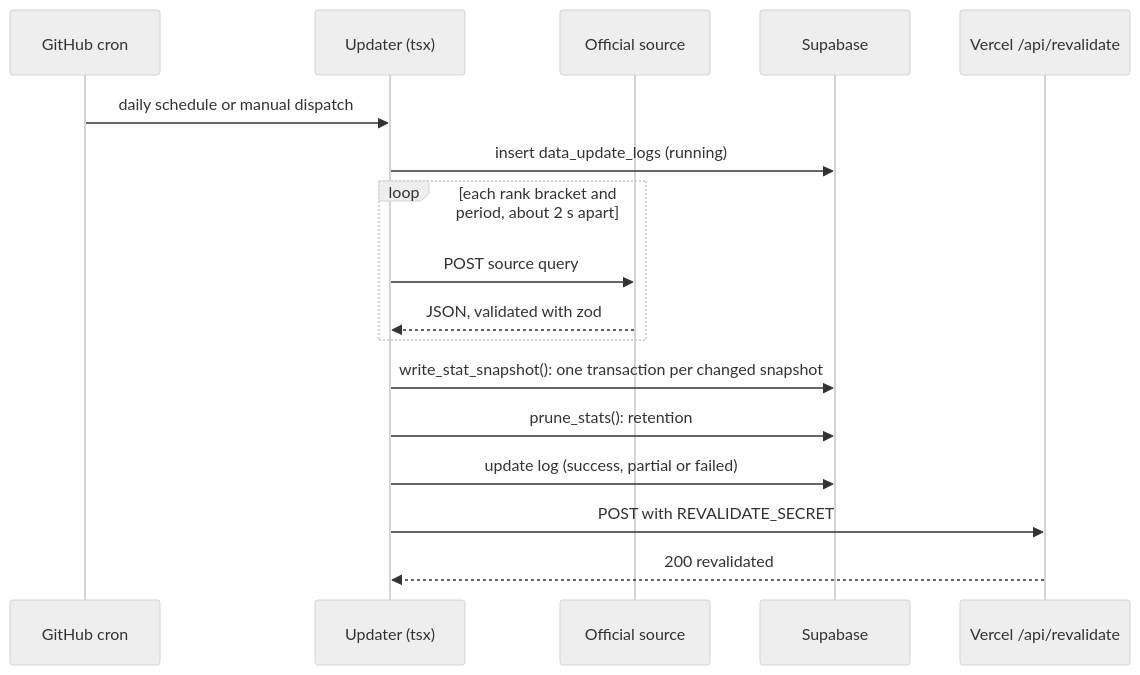
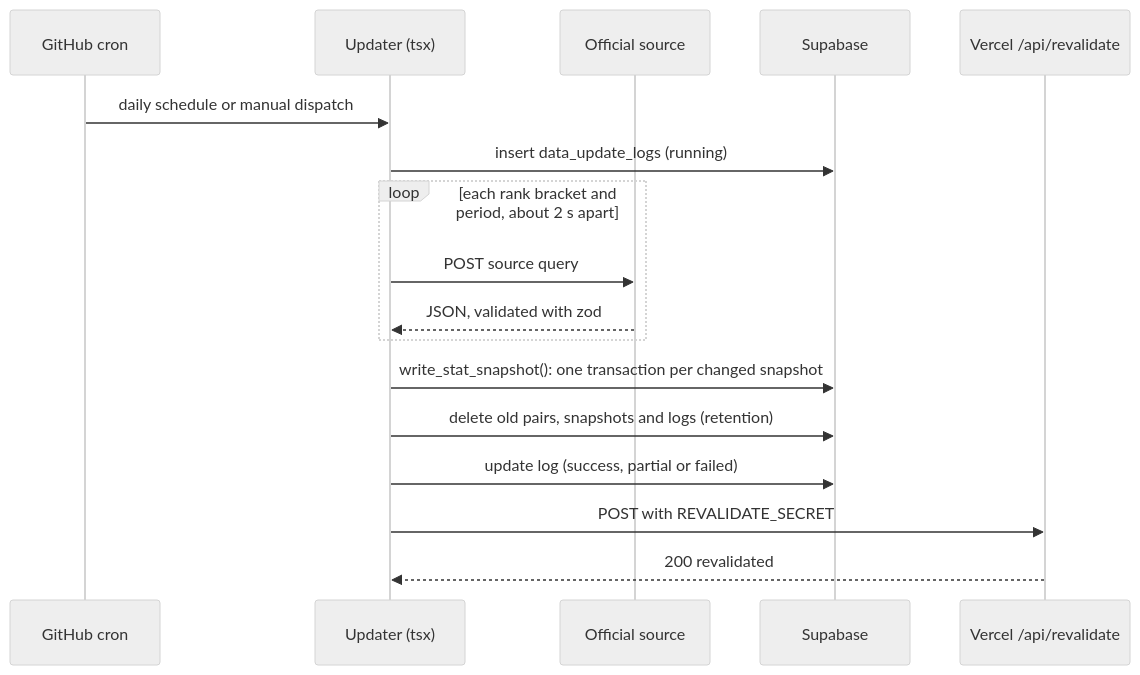
Before and after one commit to Vonfring/meta-pick-mlbb: the third of 3 diagrams in docs/architecture.md, drawn with Mermaid (neutral theme). The commit also changed 35 other files, not shown here.

````diff
--- a/docs/architecture.md
+++ b/docs/architecture.md
@@ -87,19 +87,19 @@
 ```mermaid
 sequenceDiagram
     participant C as GitHub cron
     participant U as Updater (tsx)
     participant O as Official source
     participant S as Supabase
     participant V as Vercel /api/revalidate
     C->>U: daily schedule or manual dispatch
     U->>S: insert data_update_logs (running)
     loop each rank bracket and period, about 2 s apart
         U->>O: POST source query
         O-->>U: JSON, validated with zod
     end
     U->>S: write_stat_snapshot(): one transaction per changed snapshot
-    U->>S: prune_stats(): retention
+    U->>S: delete old pairs, snapshots and logs (retention)
     U->>S: update log (success, partial or failed)
     U->>V: POST with REVALIDATE_SECRET
     V-->>U: 200 revalidated
 ```
````
